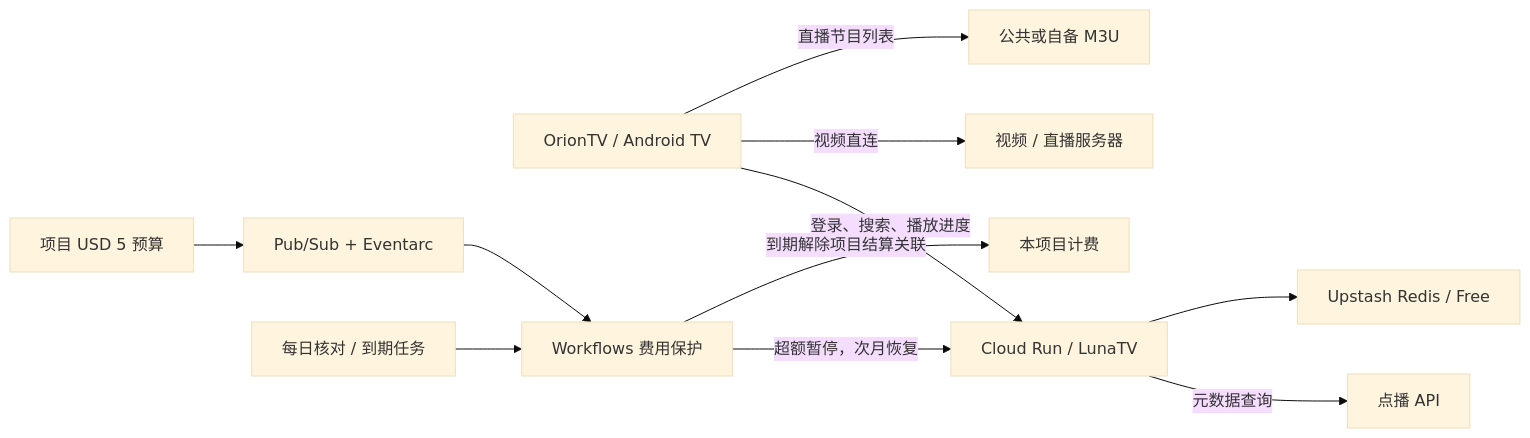
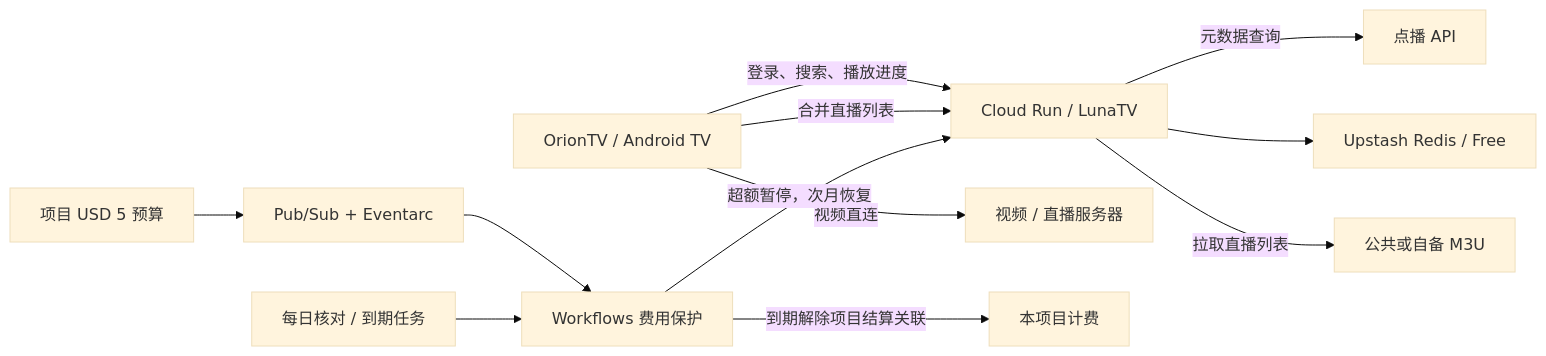
Before and after one commit to mtmtian/oriontv-cloud-run: the diagram in README.md, drawn with Mermaid (base theme). The commit also changed other lines of this file and 15 other files, not shown here.

````diff
--- a/README.md
+++ b/README.md
@@ -7,13 +7,14 @@
 ```mermaid
 flowchart LR
     TV[OrionTV / Android TV] -->|登录、搜索、播放进度| CR[Cloud Run / LunaTV]
     CR -->|元数据查询| VOD[点播 API]
     CR --> DB[Upstash Redis / Free]
     TV -->|视频直连| Media[视频 / 直播服务器]
-    TV -->|直播节目列表| M3U[公共或自备 M3U]
+    TV -->|合并直播列表| CR
+    CR -->|拉取直播列表| M3U[公共或自备 M3U]
     Budget[项目 USD 5 预算] --> PubSub[Pub/Sub + Eventarc]
     PubSub --> Guard[Workflows 费用保护]
     Scheduler[每日核对 / 到期任务] --> Guard
     Guard -->|超额暂停，次月恢复| CR
     Guard -->|到期解除项目结算关联| Billing[本项目计费]
 ```
````
